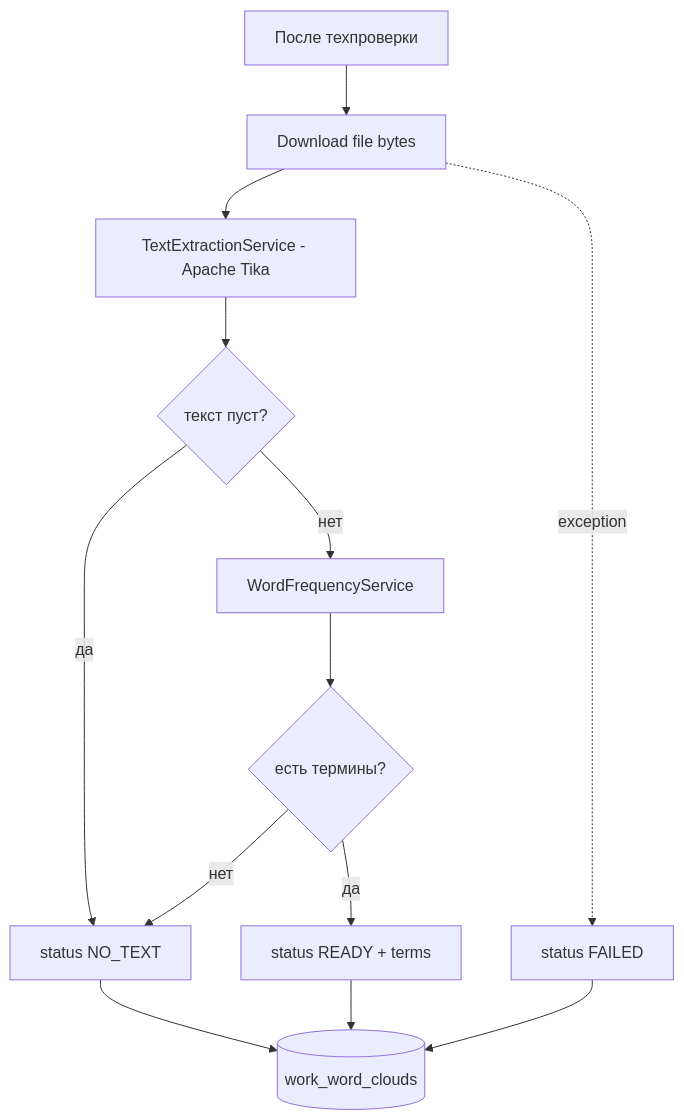
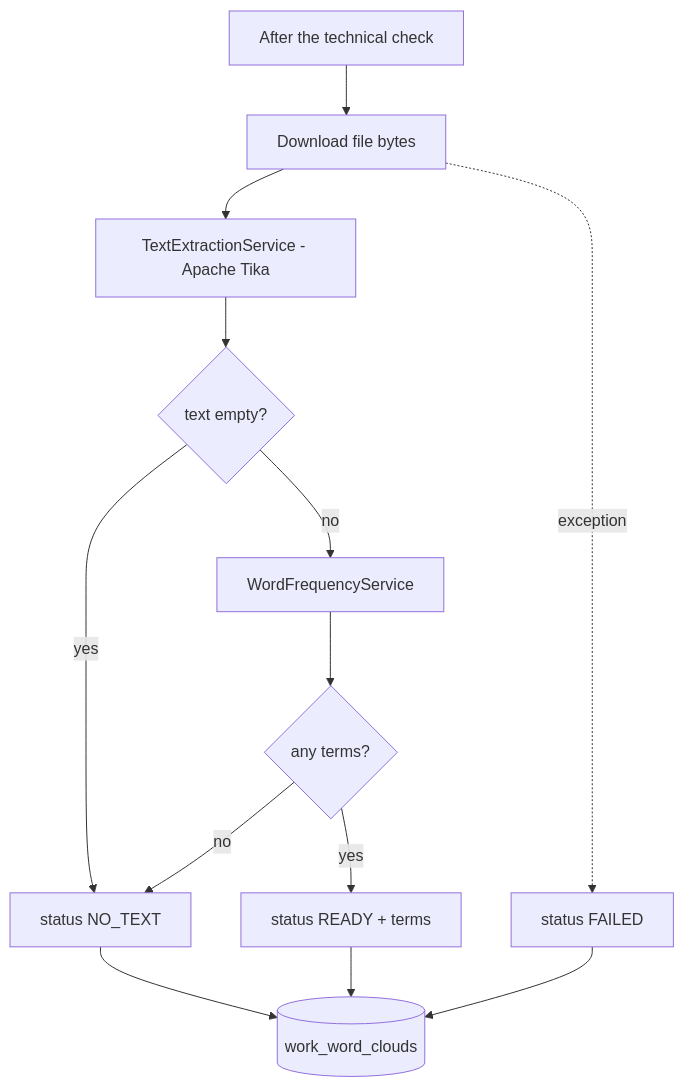
Before and after one commit to KardashHleb/IS_CosmoScan: the fourth of 5 diagrams in README.md, drawn with Mermaid. The commit also changed other lines of this file and 3 other files, not shown here.

````diff
--- a/README.md
+++ b/README.md
@@ -260,15 +303,15 @@
 ```mermaid
 flowchart TD
-    A[После техпроверки] --> B[Download file bytes]
+    A[After the technical check] --> B[Download file bytes]
     B --> C[TextExtractionService - Apache Tika]
-    C --> D{текст пуст?}
-    D -->|да| E[status NO_TEXT]
-    D -->|нет| F[WordFrequencyService]
-    F --> G{есть термины?}
-    G -->|нет| E
-    G -->|да| H[status READY + terms]
+    C --> D{text empty?}
+    D -->|yes| E[status NO_TEXT]
+    D -->|no| F[WordFrequencyService]
+    F --> G{any terms?}
+    G -->|no| E
+    G -->|yes| H[status READY + terms]
     B -.->|exception| I[status FAILED]
     E --> J[(work_word_clouds)]
     H --> J
     I --> J
 ```
````
